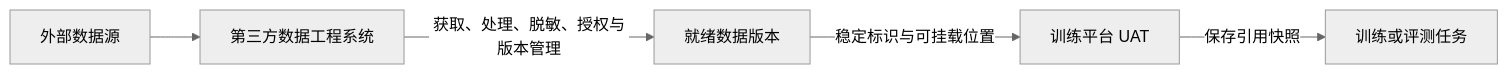
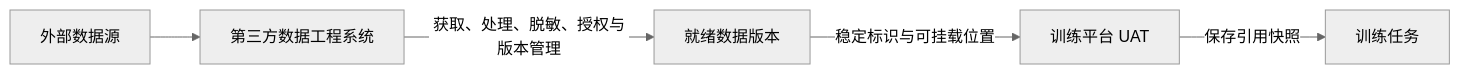
The second of 3 diagrams in docs/平台规划/0-大模型训练平台规划.md (gqcn/ltp), drawn with Mermaid (neutral theme) before and after one commit. The commit also changed other lines of this file and 9 other files, not shown here.

````diff
--- a/docs/平台规划/0-大模型训练平台规划.md
+++ b/docs/平台规划/0-大模型训练平台规划.md
@@ -54,7 +54,7 @@
 ```mermaid
 flowchart LR
     A["外部数据源"] --> B["第三方数据工程系统"]
     B -->|"获取、处理、脱敏、授权与版本管理"| C["就绪数据版本"]
     C -->|"稳定标识与可挂载位置"| D["训练平台 UAT"]
-    D -->|"保存引用快照"| E["训练或评测任务"]
+    D -->|"保存引用快照"| E["训练任务"]
 ```
````
